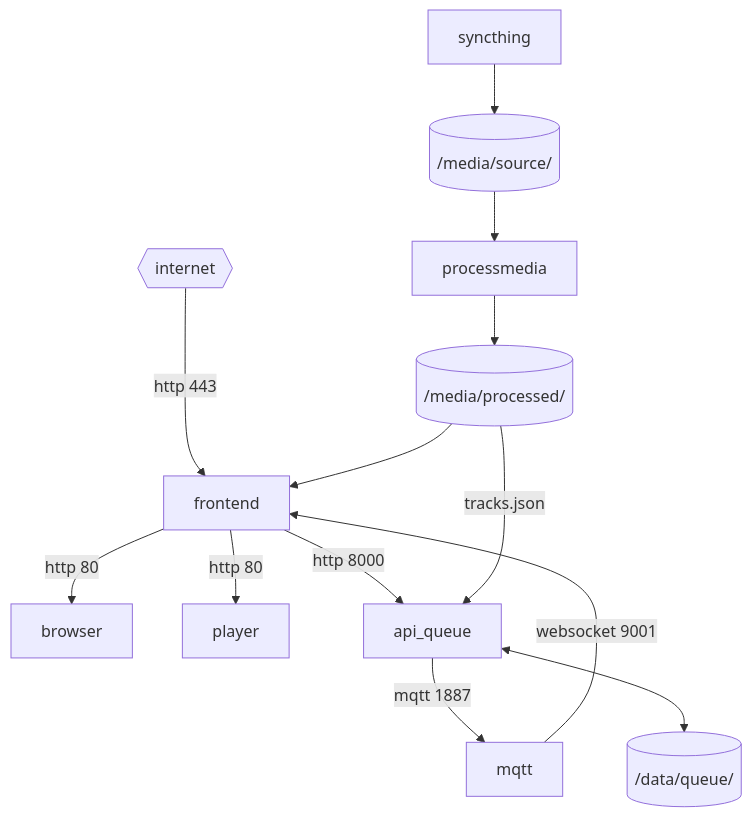
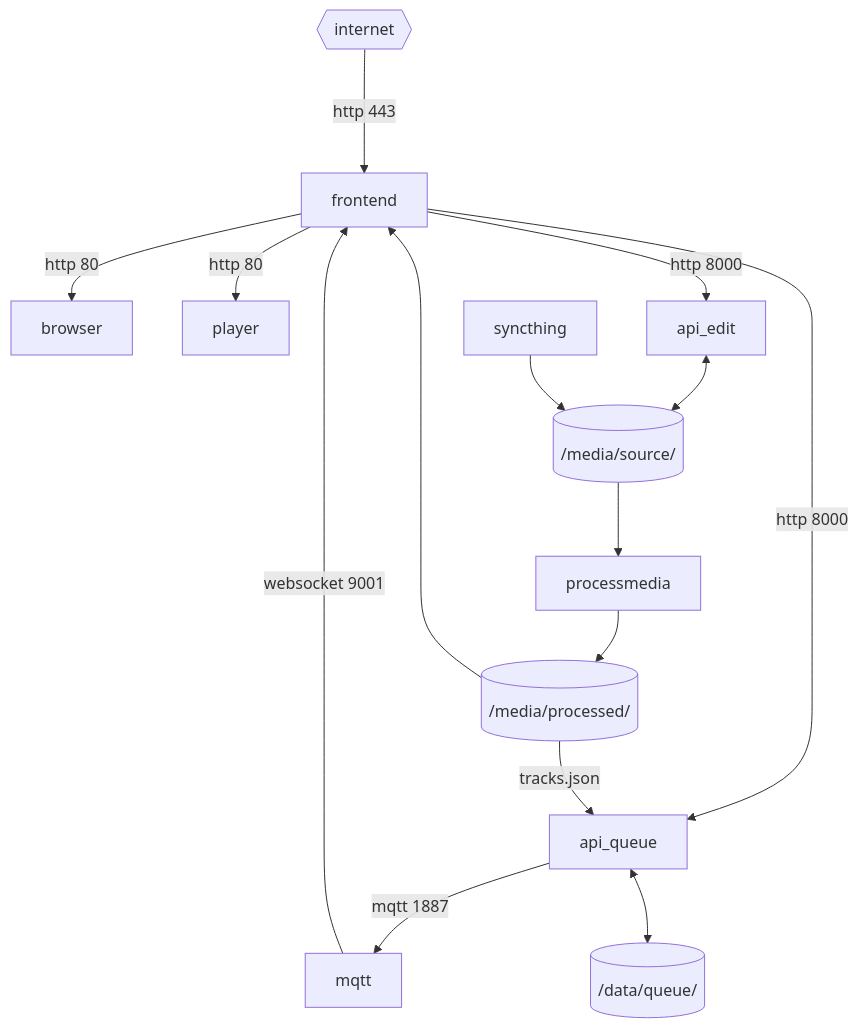
One commit to calaldees/KaraKara changed the diagram in docs/for-developers.md. Above: the diagram before and after it, drawn with Mermaid. The commit also changed other lines of this file and 31 other files, not shown here.

````diff
--- a/docs/for-developers.md
+++ b/docs/for-developers.md
@@ -29,31 +29,33 @@
 ```mermaid
 graph TD
 
 internet{{internet}}
 internet -- http 443 ---> frontend
 
 frontend
 mqtt
 processmedia
 browser
 player
 api_queue
 
 /data/queue/[(/data/queue/)]
 
 frontend -- http 80 --> browser
 frontend -- http 80 --> player
 frontend -- http 8000 --> api_queue
+frontend -- http 8000 --> api_edit
 api_queue --mqtt 1887--> mqtt
 api_queue <--> /data/queue/
+api_edit <--> /media/source/
 mqtt -- websocket 9001 --> frontend
 
 syncthing --> /media/source/
 
 /media/source/[(/media/source/)]
 /media/processed/[(/media/processed/)]
 
 /media/processed/ --> frontend
 /media/processed/ -- tracks.json --> api_queue
 /media/source/ --> processmedia --> /media/processed/
 ```
````
